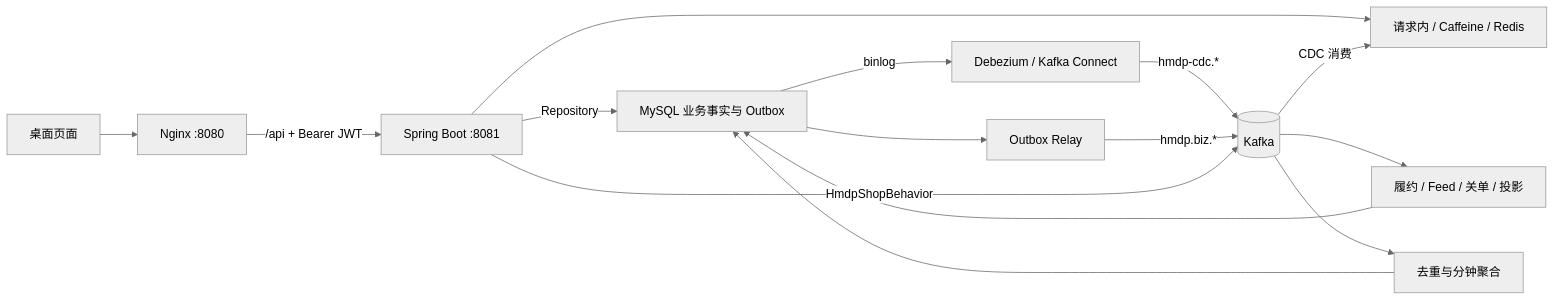
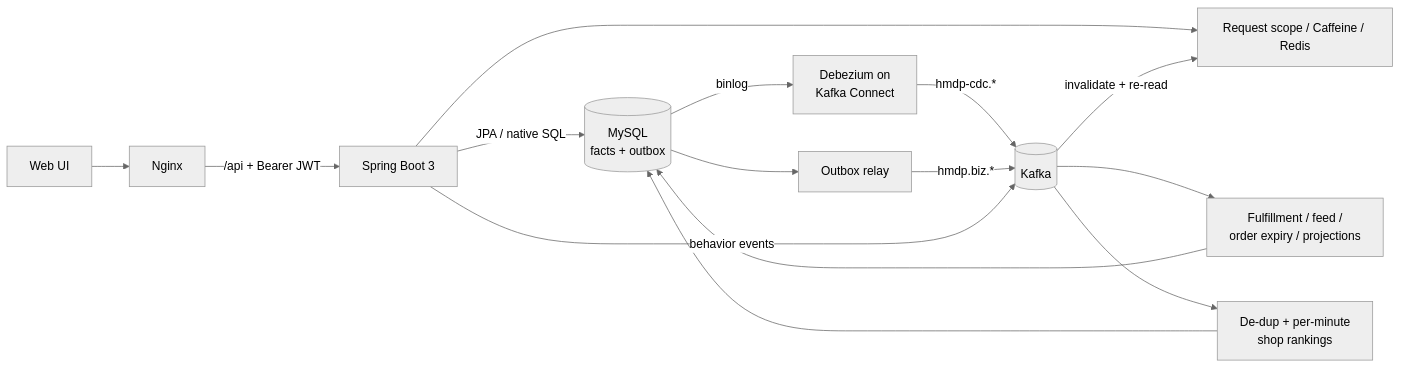
The diagram in README.md (Coding-Lou/harbourdrop), drawn with Mermaid (neutral theme) before and after one commit. The commit also changed other lines of this file and 3 other files, not shown here.

````diff
--- a/README.md
+++ b/README.md
@@ -56,17 +34,17 @@
 ```mermaid
 flowchart LR
-    Browser[桌面页面] --> Nginx[Nginx :8080]
-    Nginx -->|/api + Bearer JWT| Java[Spring Boot :8081]
-    Java -->|Repository| DB[MySQL 业务事实与 Outbox]
-    Java --> Cache[请求内 / Caffeine / Redis]
-    DB -->|binlog| Debezium[Debezium / Kafka Connect]
-    Debezium -->|hmdp-cdc.*| Kafka
-    Kafka -->|CDC 消费| Cache
-    DB --> Relay[Outbox Relay]
-    Relay -->|hmdp.biz.*| Kafka[(Kafka)]
-    Kafka --> Worker[履约 / Feed / 关单 / 投影]
-    Worker --> DB
-    Java -->|HmdpShopBehavior| Kafka
-    Kafka --> Analysis[去重与分钟聚合]
-    Analysis --> DB
+    Browser[Web UI] --> Nginx[Nginx]
+    Nginx -->|/api + Bearer JWT| App[Spring Boot 3]
+    App -->|JPA / native SQL| DB[(MySQL<br/>facts + outbox)]
+    App --> Cache[Request scope / Caffeine / Redis]
+    DB -->|binlog| Debezium[Debezium on<br/>Kafka Connect]
+    Debezium -->|hmdp-cdc.*| Kafka[(Kafka)]
+    Kafka -->|invalidate + re-read| Cache
+    DB --> Relay[Outbox relay]
+    Relay -->|hmdp.biz.*| Kafka
+    Kafka --> Workers[Fulfillment / feed /<br/>order expiry / projections]
+    Workers --> DB
+    App -->|behavior events| Kafka
+    Kafka --> Analytics[De-dup + per-minute<br/>shop rankings]
+    Analytics --> DB
 ```
````
